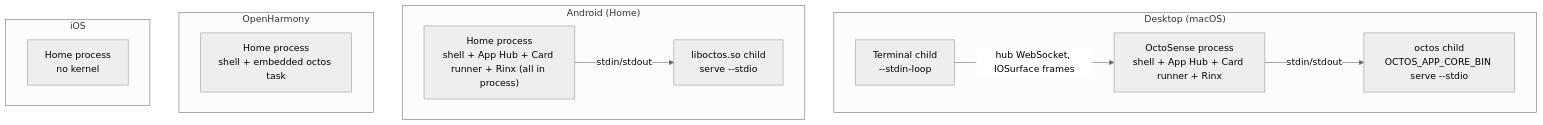
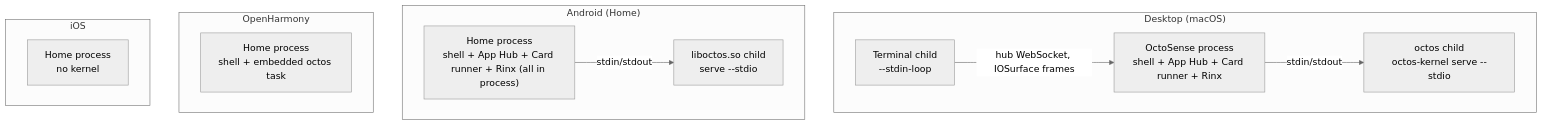
One commit to tyreseluo/OctoSense changed the second of 5 diagrams in docs/architecture.md. Above: the diagram before and after it, drawn with Mermaid (neutral theme). The commit also changed other lines of this file and 19 other files, not shown here.

````diff
--- a/docs/architecture.md
+++ b/docs/architecture.md
@@ -139,21 +139,21 @@
 ```mermaid
 flowchart TB
   subgraph desktop["Desktop (macOS)"]
     ds["OctoSense process<br/>shell + App Hub + Card runner + Rinx"]
-    dk["octos child<br/>OCTOS_APP_CORE_BIN serve --stdio"]
+    dk["octos child<br/>octos-kernel serve --stdio"]
     dt["Terminal child<br/>--stdin-loop"]
     ds -- "stdin/stdout" --> dk
     dt -- "hub WebSocket, IOSurface frames" --> ds
   end
   subgraph android["Android (Home)"]
     as["Home process<br/>shell + App Hub + Card runner + Rinx (all in process)"]
     ak["liboctos.so child<br/>serve --stdio"]
     as -- "stdin/stdout" --> ak
   end
   subgraph ohos["OpenHarmony"]
     os["Home process<br/>shell + embedded octos task"]
   end
   subgraph ios["iOS"]
     is["Home process<br/>no kernel"]
   end
 ```
````
